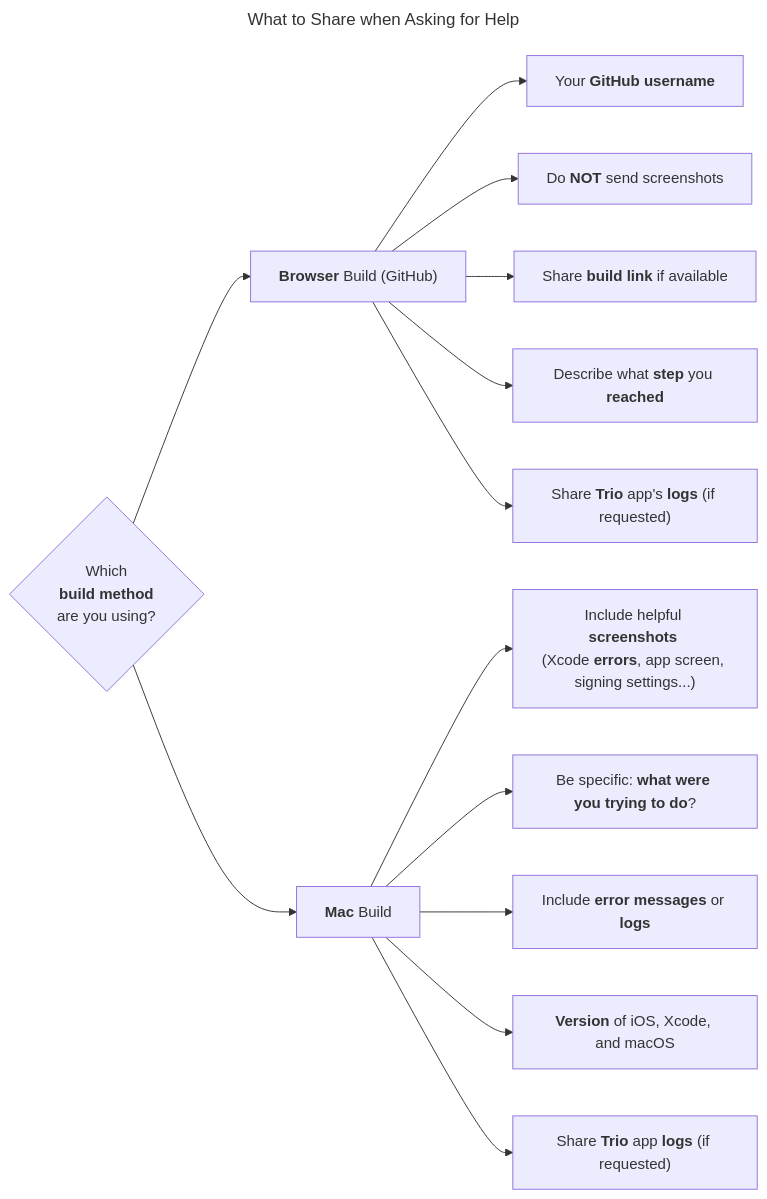
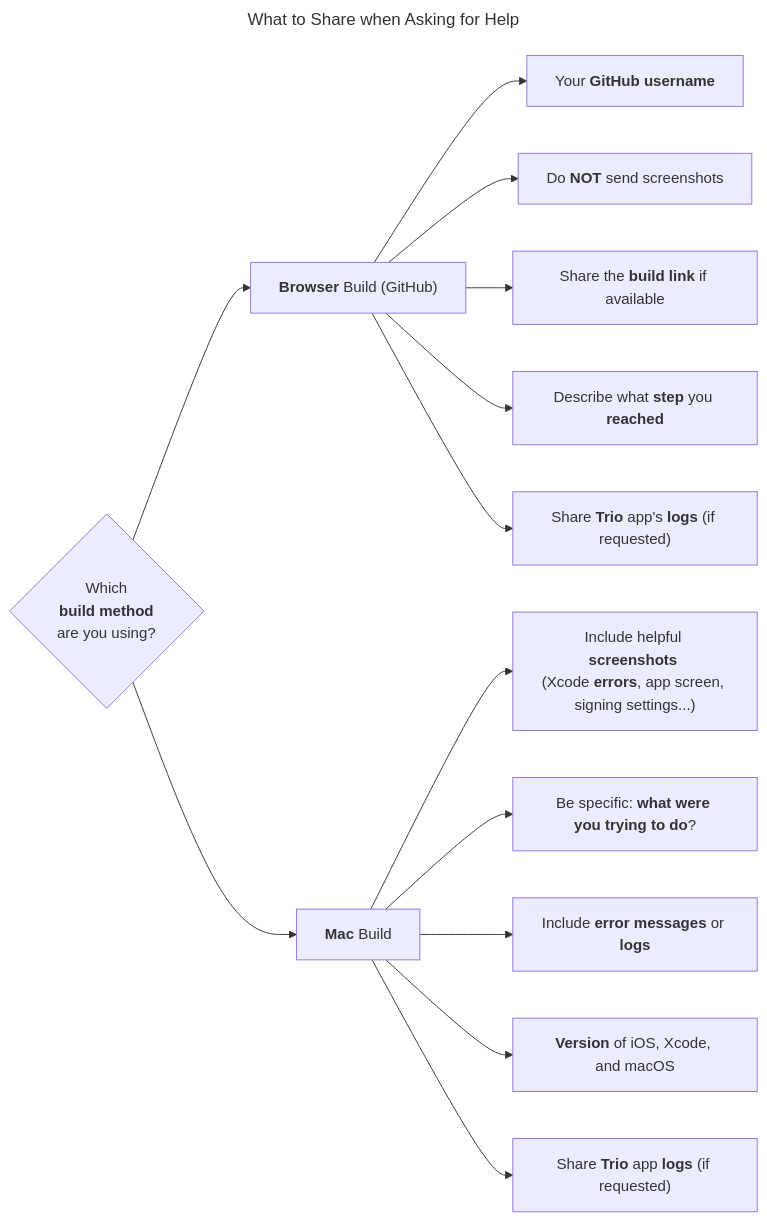
Before and after one commit to nightscout/trio-docs: the diagram in docs/help/submit-issue.md, drawn with Mermaid. The commit also changed other lines of this file, not shown here.

````diff
--- a/docs/help/submit-issue.md
+++ b/docs/help/submit-issue.md
@@ -82,27 +83,27 @@
 ```mermaid
 ---
 title: What to Share when Asking for Help
 ---
 flowchart LR
 	B{"`Which 
      **build method** 
      are you using?`"}
     
     B --> C["`**Browser** Build (GitHub)`"]
     B --> D["`**Mac** Build`"]
 
     %% Browser Build Path
     C --> C1["`Your **GitHub username**`"]
     C --> C2["`Do **NOT** send screenshots`"]
-    C --> C3["`Share **build link** if available`"]
+    C --> C3["`Share the **build link** if available`"]
     C --> C4["`Describe what **step** you **reached**`"]
     C --> C5["`Share **Trio** app's **logs** (if requested)`"]
     
     %% Mac Build Path
     D --> D1["`Include helpful **screenshots** 
     (Xcode **errors**, app screen, signing settings...)`"]
     D --> D3["`Be specific: **what were you trying to do**?`"]
     D --> D4["`Include **error messages** or **logs**`"]
     D --> D5["`**Version** of iOS, Xcode, and macOS`"]
     D --> D6["`Share **Trio** app **logs** (if requested)`"]
 ```
````
